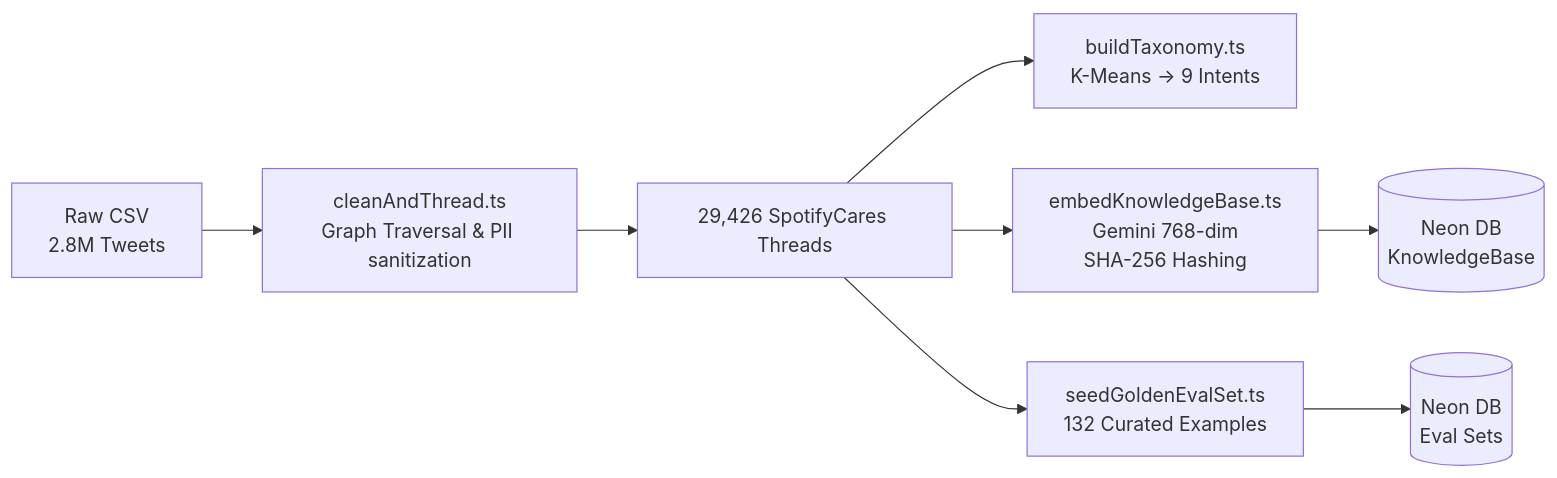
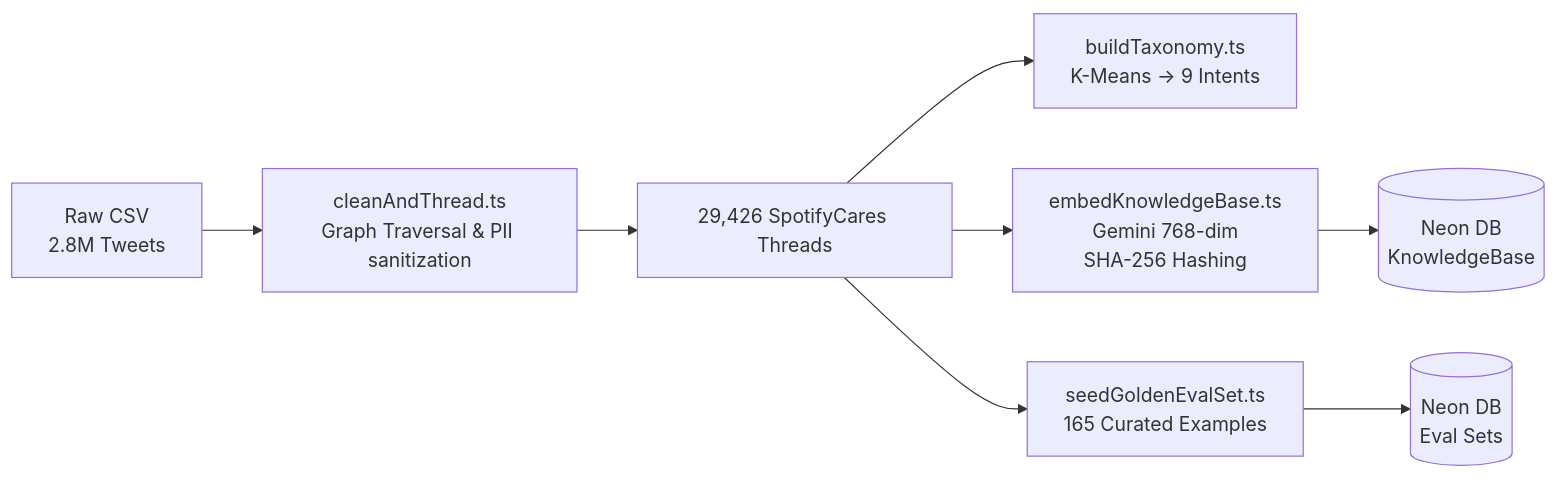
One commit to AdrishKarak/support-agent changed the third of 6 diagrams in Architecture.md. Above: the diagram before and after it, drawn with Mermaid. The commit also changed other lines of this file and 3 other files, not shown here.

Commit message:
docs: sync 165 golden eval set count across Architecture.md, Diagram.md, README.md, and REPORT.md

````diff
--- a/Architecture.md
+++ b/Architecture.md
@@ -88,10 +88,10 @@
 ```mermaid
 flowchart LR
     Raw[Raw CSV\n2.8M Tweets] --> Clean[cleanAndThread.ts\nGraph Traversal & PII sanitization]
     Clean --> Threads[29,426 SpotifyCares Threads]
     Threads --> Cluster[buildTaxonomy.ts\nK-Means -> 9 Intents]
     Threads --> Embed[embedKnowledgeBase.ts\nGemini 768-dim\nSHA-256 Hashing]
     Embed --> KB[(Neon DB\nKnowledgeBase)]
-    Threads --> Eval[seedGoldenEvalSet.ts\n132 Curated Examples]
+    Threads --> Eval[seedGoldenEvalSet.ts\n165 Curated Examples]
     Eval --> EvalDB[(Neon DB\nEval Sets)]
 ```
````
